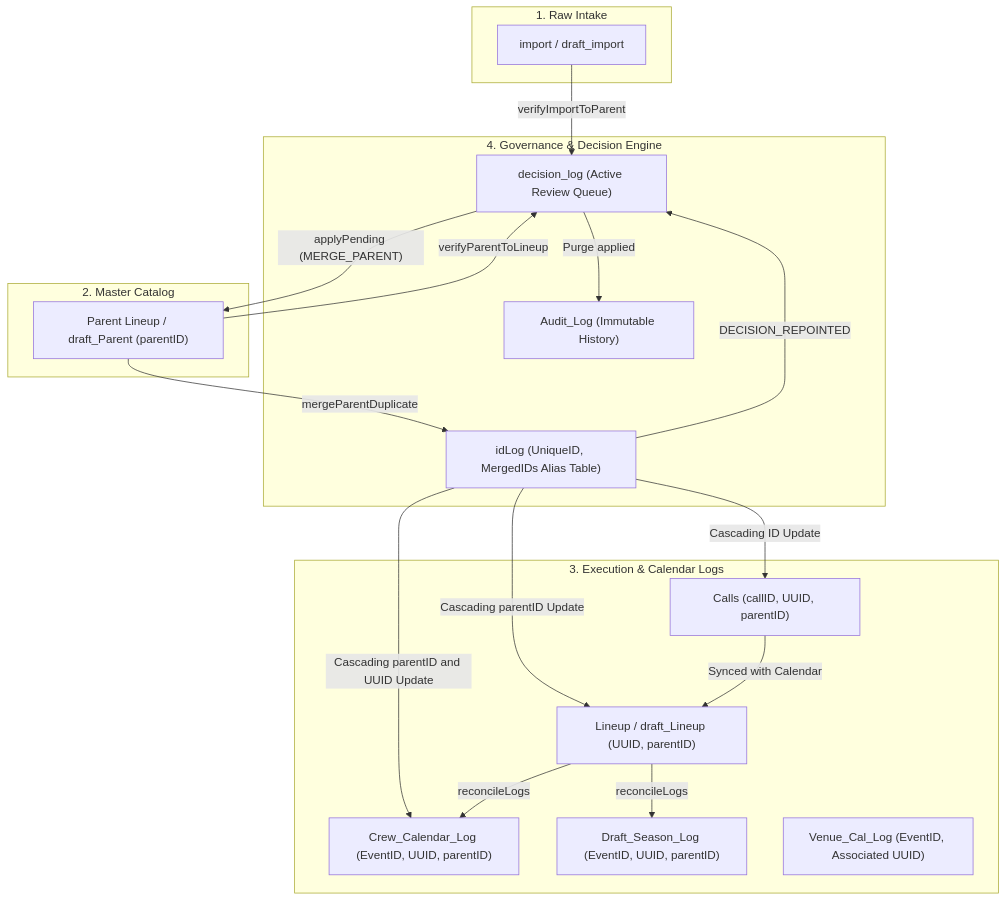
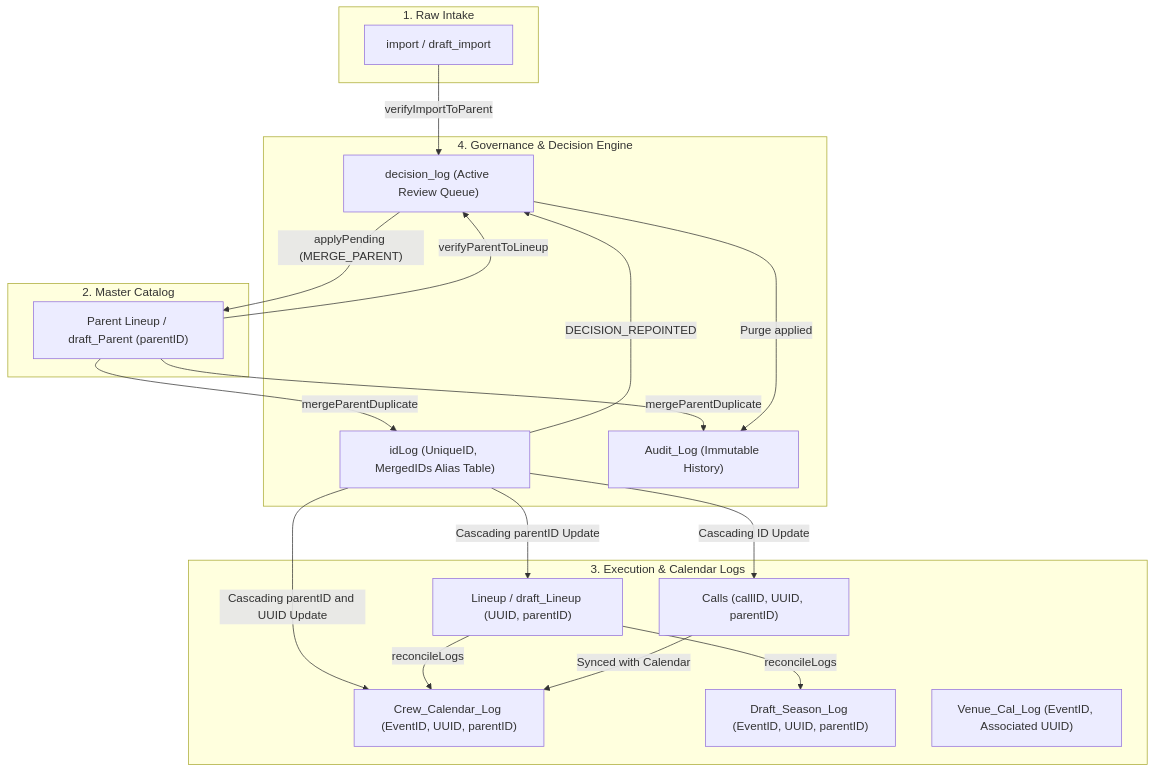
The diagram in ARCHITECTURE.md (morrisontheatrical/scheduler3), drawn with Mermaid before and after one commit.

````diff
--- a/ARCHITECTURE.md
+++ b/ARCHITECTURE.md
@@ -94,37 +94,38 @@
 ```mermaid
 flowchart TD
     subgraph Intake["1. Raw Intake"]
         I["import / draft_import"]
     end
 
     subgraph Catalog["2. Master Catalog"]
         P["Parent Lineup / draft_Parent (parentID)"]
     end
 
     subgraph Execution["3. Execution & Calendar Logs"]
         L["Lineup / draft_Lineup (UUID, parentID)"]
         C["Crew_Calendar_Log (EventID, UUID, parentID)"]
         D["Draft_Season_Log (EventID, UUID, parentID)"]
         V["Venue_Cal_Log (EventID, Associated UUID)"]
         Calls["Calls (callID, UUID, parentID)"]
     end
 
     subgraph Governance["4. Governance & Decision Engine"]
         IDLog["idLog (UniqueID, MergedIDs Alias Table)"]
         DecLog["decision_log (Active Review Queue)"]
         AuditLog["Audit_Log (Immutable History)"]
     end
 
     I -- "verifyImportToParent" --> DecLog
     DecLog -- "applyPending (MERGE_PARENT)" --> P
     P -- "mergeParentDuplicate" --> IDLog
+    P -- "mergeParentDuplicate" --> AuditLog
     IDLog -- "Cascading parentID Update" --> L
     IDLog -- "Cascading parentID and UUID Update" --> C
     IDLog -- "Cascading ID Update" --> Calls
     IDLog -- "DECISION_REPOINTED" --> DecLog
     P -- "verifyParentToLineup" --> DecLog
     L -- "reconcileLogs" --> C
     DecLog -- "Purge applied" --> AuditLog
-    Calls -- "Synced with Calendar" --> L
+    Calls -- "Synced with Calendar" --> C
     L -- "reconcileLogs" --> D
 ```
````
